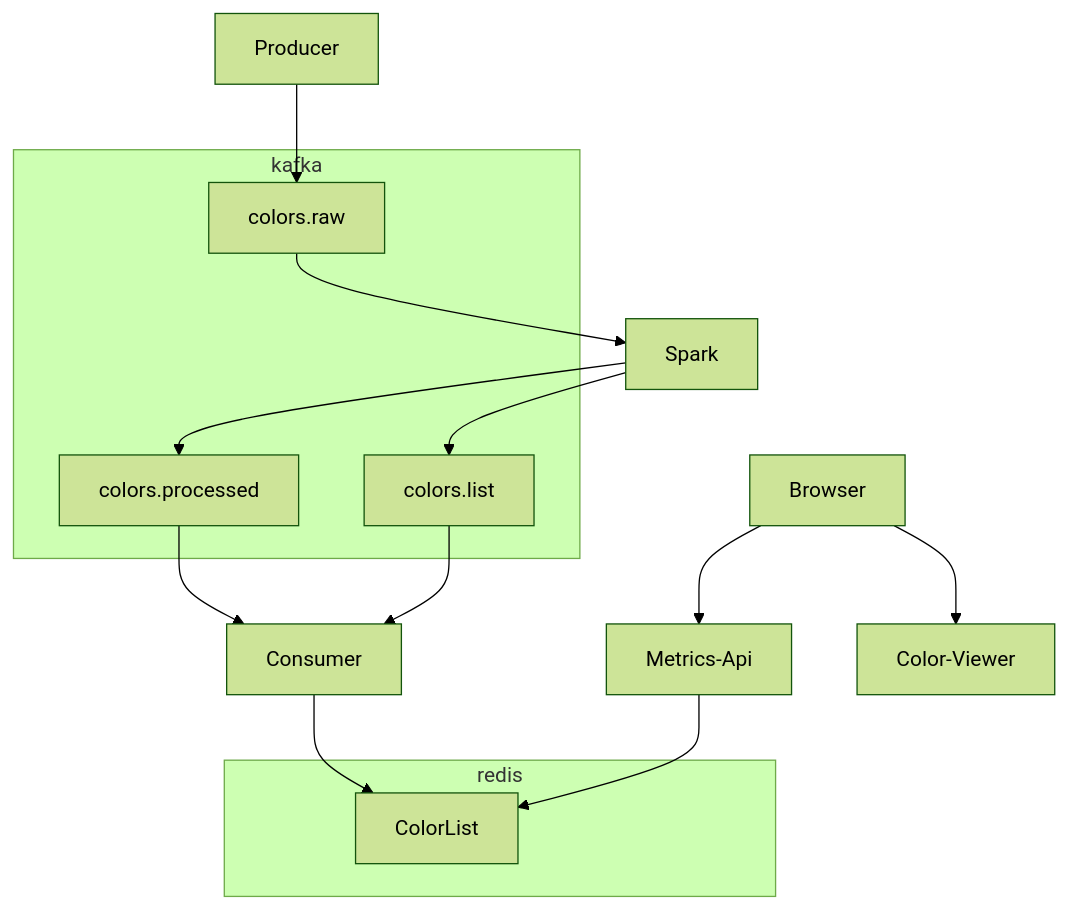
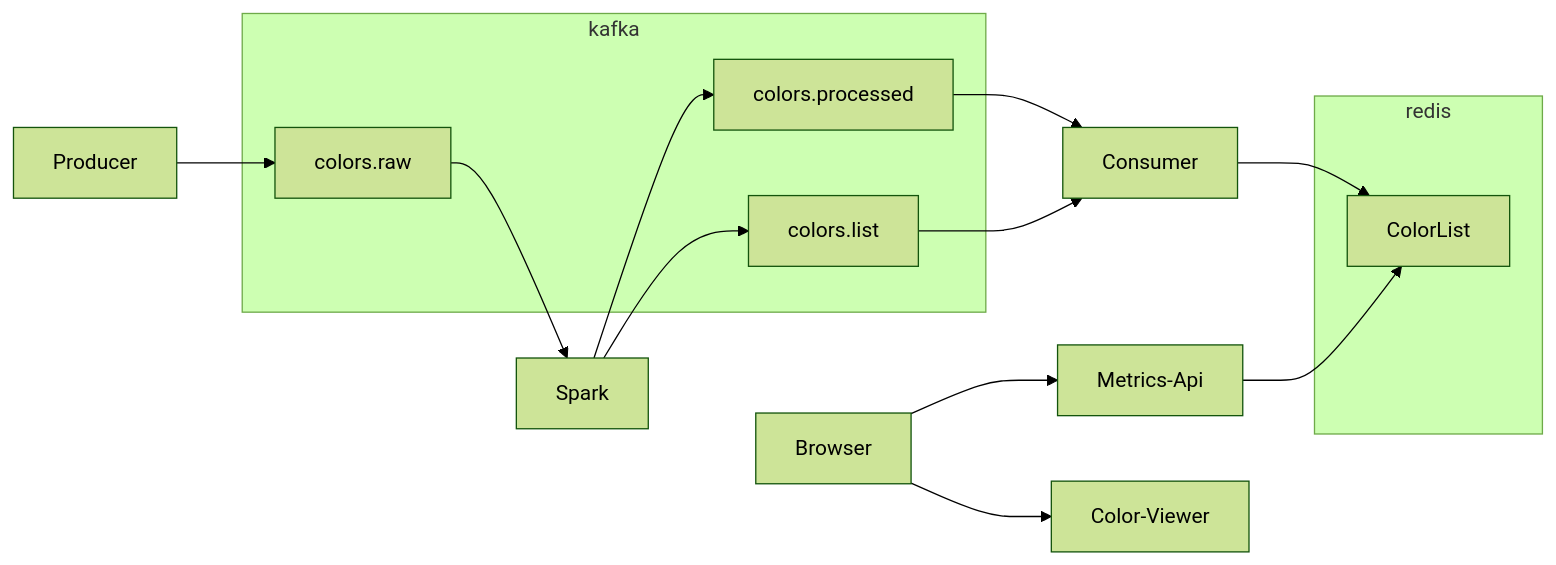
Before and after one commit to benjamin-wright/kafka-test: the diagram in README.md, drawn with Mermaid (forest theme). The commit also changed 16 other files, not shown here.

````diff
--- a/README.md
+++ b/README.md
@@ -1,23 +1,23 @@
 ```mermaid
-graph TB
+graph LR
     subgraph kafka
         colors.raw;
         colors.processed;
         colors.list;
     end
 
     subgraph redis
         ColorList;
     end
 
     Producer --> colors.raw
     colors.raw --> Spark
     Spark --> colors.processed
     Spark --> colors.list
     colors.processed --> Consumer
     colors.list --> Consumer
     Consumer --> ColorList;
     Metrics-Api --> ColorList;
     Browser --> Metrics-Api;
     Browser --> Color-Viewer;
 ```
````
